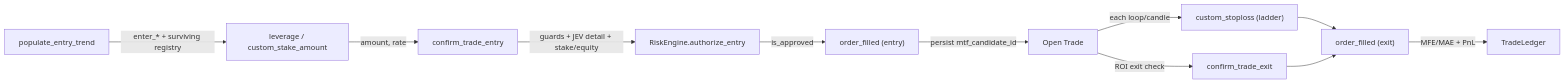
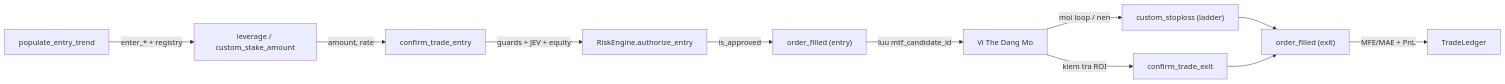
The second of 2 diagrams in strategies/mtf_sniper/docs/ARCHITECTURE.md (9xlayer/freqtrade), drawn with Mermaid before and after one commit. The commit also changed other lines of this file and 9 other files, not shown here.

Commit message:
docs(mtf_sniper): sync architecture, philosophy and memory-bank for single-truth migration

````diff
--- a/strategies/mtf_sniper/docs/ARCHITECTURE.md
+++ b/strategies/mtf_sniper/docs/ARCHITECTURE.md
@@ -134,13 +124,13 @@
 ```mermaid
 flowchart LR
-  pop["populate_entry_trend"] -->|"enter_* + surviving registry"| size["leverage / custom_stake_amount"]
+  pop["populate_entry_trend"] -->|"enter_* + registry"| size["leverage / custom_stake_amount"]
   size -->|"amount, rate"| conf["confirm_trade_entry"]
-  conf -->|"guards + JEV detail + stake/equity"| auth["RiskEngine.authorize_entry"]
+  conf -->|"guards + JEV + equity"| auth["RiskEngine.authorize_entry"]
   auth -->|"is_approved"| fillIn["order_filled (entry)"]
-  fillIn -->|"persist mtf_candidate_id"| hold["Open Trade"]
-  hold -->|"each loop/candle"| sl["custom_stoploss (ladder)"]
-  hold -->|"ROI exit check"| ex["confirm_trade_exit"]
+  fillIn -->|"luu mtf_candidate_id"| hold["Vi The Dang Mo"]
+  hold -->|"moi loop / nen"| sl["custom_stoploss (ladder)"]
+  hold -->|"kiem tra ROI"| ex["confirm_trade_exit"]
   sl --> fillOut["order_filled (exit)"]
   ex --> fillOut
   fillOut -->|"MFE/MAE + PnL"| tlog["TradeLedger"]
 ```
````
